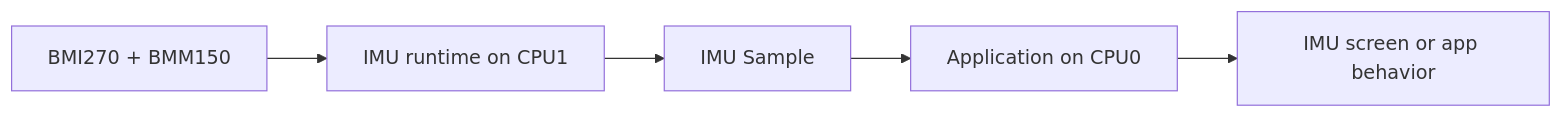
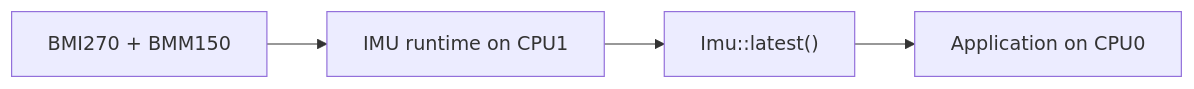
Before and after one commit to wackazong/hackandhike-2026: the third of 17 diagrams in README.md, drawn with Mermaid. The commit also changed other lines of this file, not shown here.

````diff
--- a/README.md
+++ b/README.md
@@ -332,7 +244,6 @@
 ```mermaid
 flowchart LR
     Sensor["BMI270 + BMM150"] --> Runtime["IMU runtime on CPU1"]
-    Runtime --> Sample["IMU Sample"]
+    Runtime --> Sample["Imu::latest()"]
     Sample --> App["Application on CPU0"]
-    App --> Screen["IMU screen or app behavior"]
 ```
````
